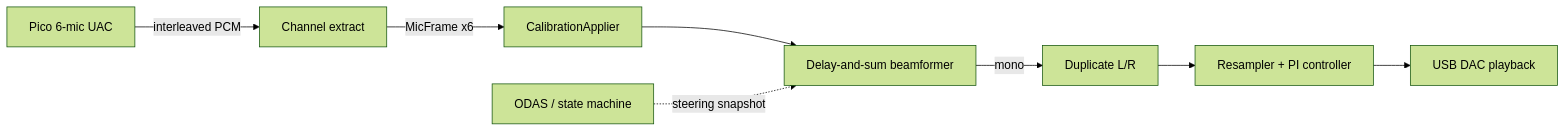
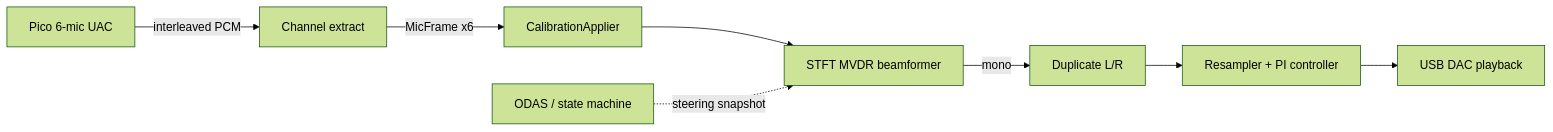
Before and after one commit to derraan/Sonitude: the diagram in docs/CodebaseState.md, drawn with Mermaid (forest theme). The commit also changed other lines of this file and 20 other files, not shown here.

First line of the commit message:
Replace delay-and-sum with STFT-domain MVDR and wire guard-look contrast.

````diff
--- a/docs/CodebaseState.md
+++ b/docs/CodebaseState.md
@@ -137,10 +140,10 @@
 ```mermaid
 flowchart LR
     Pico["Pico 6-mic UAC"] -->|"interleaved PCM"| Extract["Channel extract"]
     Extract -->|"MicFrame x6"| Cal["CalibrationApplier"]
-    Cal --> BF["Delay-and-sum beamformer"]
+    Cal --> BF["STFT MVDR beamformer"]
     Control["ODAS / state machine"] -.->|"steering snapshot"| BF
     BF -->|"mono"| Dup["Duplicate L/R"]
     Dup --> ASRC["Resampler + PI controller"]
     ASRC --> DAC["USB DAC playback"]
 ```
````
